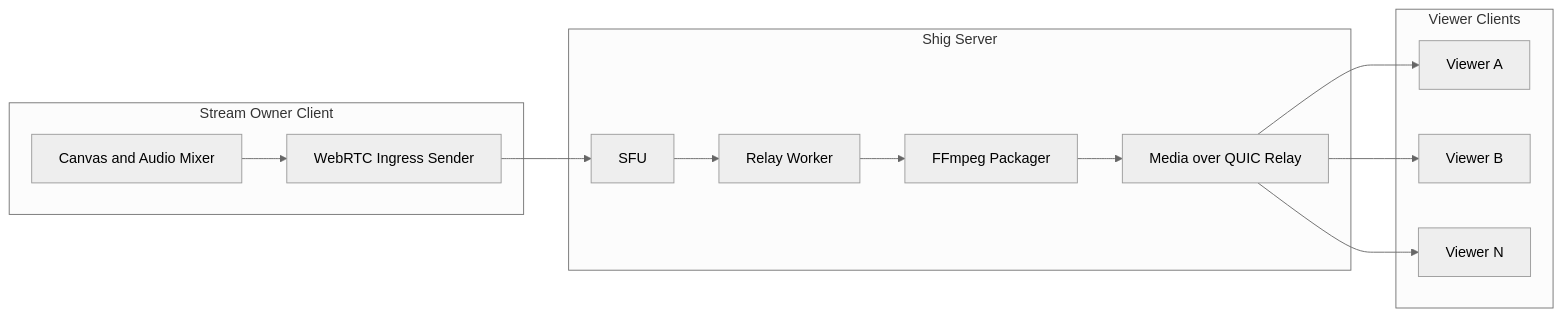
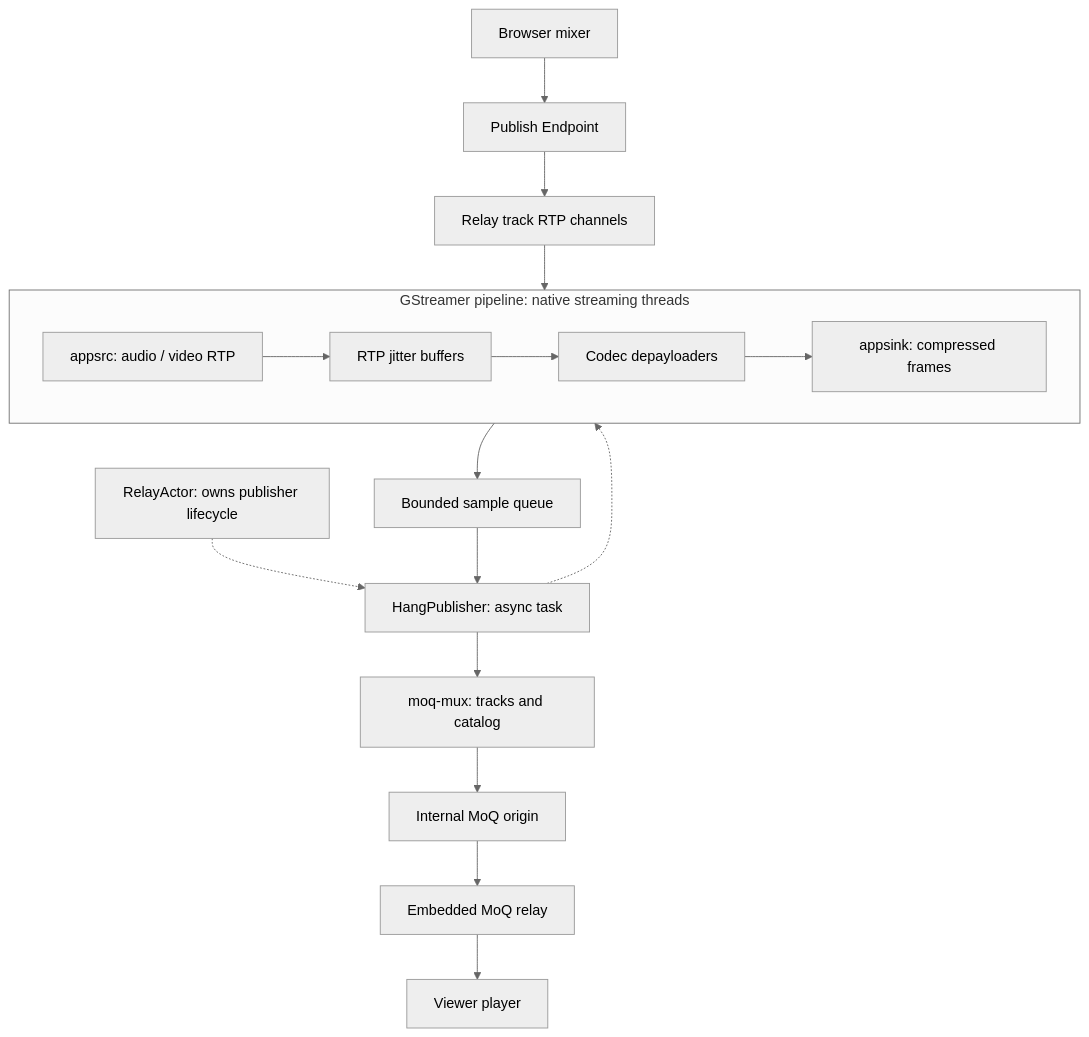
One commit to shigde/shig changed the diagram in doc/architecture/relay.md. Above: the diagram before and after it, drawn with Mermaid (neutral theme). The commit also changed other lines of this file and 23 other files, not shown here.

First line of the commit message:
Remove legacy `relay` and `worker` modules, refactor SFU pipeline with GStreamer

````diff
--- a/doc/architecture/relay.md
+++ b/doc/architecture/relay.md
@@ -25,29 +7,20 @@
 ```mermaid
-flowchart LR
-    subgraph OwnerClient["Stream Owner Client"]
-        Mixer["Canvas and Audio Mixer"]
-        WebRTCIngress["WebRTC Ingress Sender"]
+flowchart TB
+    Client["Browser mixer"] --> Endpoint["Publish Endpoint"]
+    Endpoint --> Media["Relay track RTP channels"]
+    Actor["RelayActor: owns publisher lifecycle"] -.-> Publisher["HangPublisher: async task"]
+    Publisher -.-> Pipeline
+    subgraph Pipeline["GStreamer pipeline: native streaming threads"]
+        direction LR
+        Input["appsrc: audio / video RTP"] --> Jitter["RTP jitter buffers"]
+        Jitter --> Depay["Codec depayloaders"]
+        Depay --> Output["appsink: compressed frames"]
     end
-
-    subgraph ShigServer["Shig Server"]
-        SFU["SFU"]
-        RelayWorker["Relay Worker"]
-        FFmpeg["FFmpeg Packager"]
-        MoQRelay["Media over QUIC Relay"]
-    end
-
-    subgraph Viewers["Viewer Clients"]
-        ViewerA["Viewer A"]
-        ViewerB["Viewer B"]
-        ViewerN["Viewer N"]
-    end
-
-    Mixer --> WebRTCIngress
-    WebRTCIngress --> SFU
-    SFU --> RelayWorker
-    RelayWorker --> FFmpeg
-    FFmpeg --> MoQRelay
-    MoQRelay --> ViewerA
-    MoQRelay --> ViewerB
-    MoQRelay --> ViewerN
+    Media --> Input
+    Output --> Frames["Bounded sample queue"]
+    Frames --> Publisher
+    Publisher --> Mux["moq-mux: tracks and catalog"]
+    Mux --> Origin["Internal MoQ origin"]
+    Origin --> Relay["Embedded MoQ relay"]
+    Relay --> Player["Viewer player"]
 ```
````
